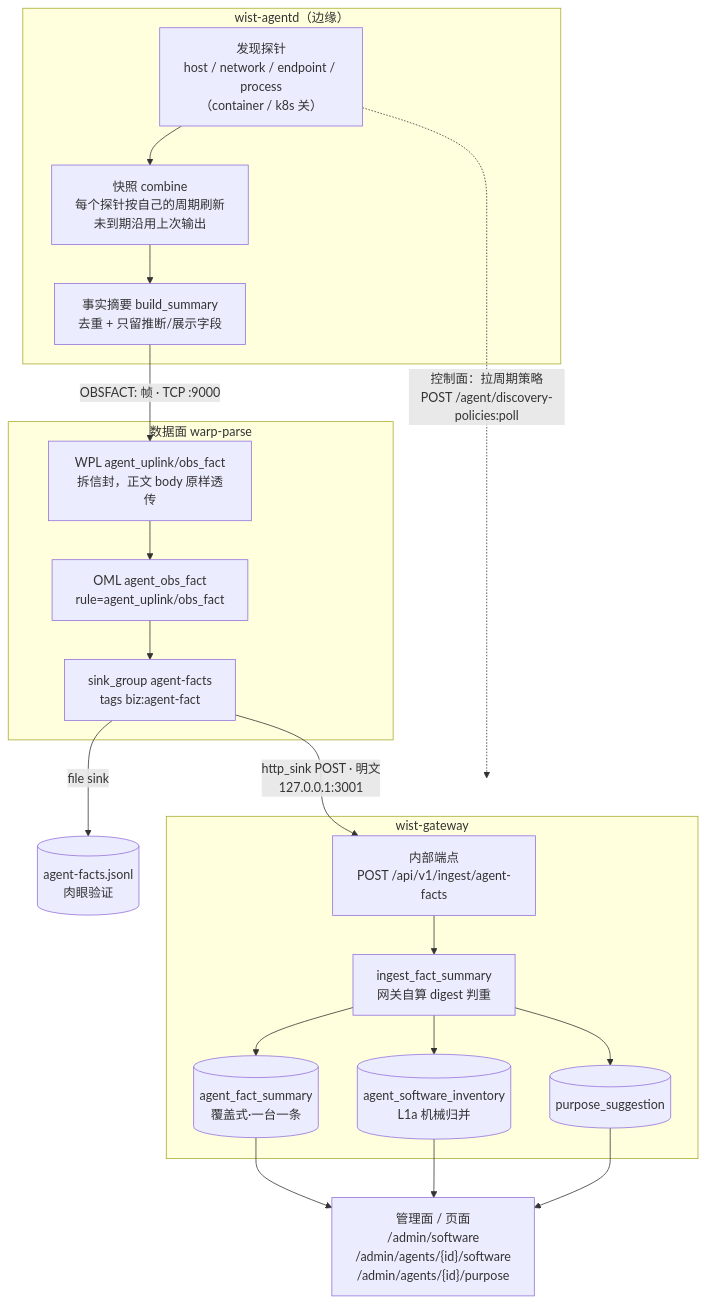
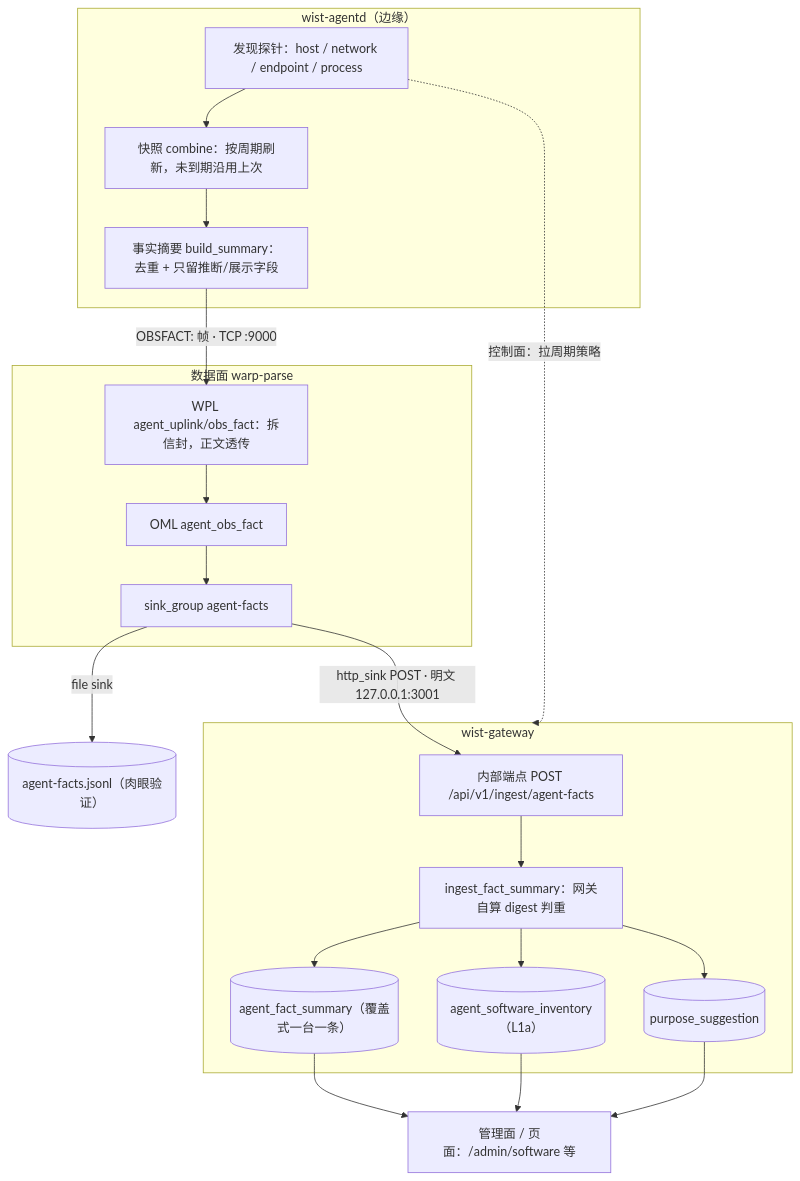
The diagram in doc/design/center/asset-discovery-data-flow.md (dayu-sec/wist-design), drawn with Mermaid before and after one commit. The commit also changed 2 other files, not shown here.

Commit message:
文档：新增《Agent 采集内容与工作：设计说明》（通俗版）
- doc/design/center/agent-content-and-work-overview.md：一页图（内容侧 + 流程侧）、
  五个名词用吃饭打比方、跟一台 Mac 开发机走一遍全流程、八个关键决策（旧问题→现做法）、
  为什么不让 AI 直接决定、名词速查
- data-flow 与 overview 两处 mermaid 去掉 <br/>（内联 HTML 不渲染）
- README 索引登记（center + 阅读顺序 32）

````diff
--- a/doc/design/center/asset-discovery-data-flow.md
+++ b/doc/design/center/asset-discovery-data-flow.md
@@ -10,35 +10,35 @@
 ```mermaid
 flowchart TD
   subgraph EDGE["wist-agentd（边缘）"]
-    PR["发现探针<br/>host / network / endpoint / process<br/>（container / k8s 关）"]
-    SN["快照 combine<br/>每个探针按自己的周期刷新<br/>未到期沿用上次输出"]
-    FS["事实摘要 build_summary<br/>去重 + 只留推断/展示字段"]
+    PR["发现探针：host / network / endpoint / process"]
+    SN["快照 combine：按周期刷新，未到期沿用上次"]
+    FS["事实摘要 build_summary：去重 + 只留推断/展示字段"]
     PR --> SN --> FS
   end
 
   FS -->|"OBSFACT: 帧 · TCP :9000"| WPL
-  PR -.->|"控制面：拉周期策略<br/>POST /agent/discovery-policies:poll"| GW
+  PR -.->|"控制面：拉周期策略"| GW
 
   subgraph DP["数据面 warp-parse"]
-    WPL["WPL agent_uplink/obs_fact<br/>拆信封，正文 body 原样透传"]
-    OML["OML agent_obs_fact<br/>rule=agent_uplink/obs_fact"]
-    SG["sink_group agent-facts<br/>tags biz:agent-fact"]
+    WPL["WPL agent_uplink/obs_fact：拆信封，正文透传"]
+    OML["OML agent_obs_fact"]
+    SG["sink_group agent-facts"]
     WPL --> OML --> SG
   end
 
-  SG -->|"file sink"| F1[("agent-facts.jsonl<br/>肉眼验证")]
-  SG -->|"http_sink POST · 明文<br/>127.0.0.1:3001"| ING
+  SG -->|"file sink"| F1[("agent-facts.jsonl（肉眼验证）")]
+  SG -->|"http_sink POST · 明文 127.0.0.1:3001"| ING
 
   subgraph GW["wist-gateway"]
-    ING["内部端点<br/>POST /api/v1/ingest/agent-facts"]
-    CORE["ingest_fact_summary<br/>网关自算 digest 判重"]
+    ING["内部端点 POST /api/v1/ingest/agent-facts"]
+    CORE["ingest_fact_summary：网关自算 digest 判重"]
     ING --> CORE
-    CORE --> T1[("agent_fact_summary<br/>覆盖式·一台一条")]
-    CORE --> T2[("agent_software_inventory<br/>L1a 机械归并")]
+    CORE --> T1[("agent_fact_summary（覆盖式一台一条）")]
+    CORE --> T2[("agent_software_inventory（L1a）")]
     CORE --> T3[("purpose_suggestion")]
   end
 
-  T1 --> PG["管理面 / 页面<br/>/admin/software<br/>/admin/agents/{id}/software<br/>/admin/agents/{id}/purpose"]
+  T1 --> PG["管理面 / 页面：/admin/software 等"]
   T2 --> PG
   T3 --> PG
 ```
````
